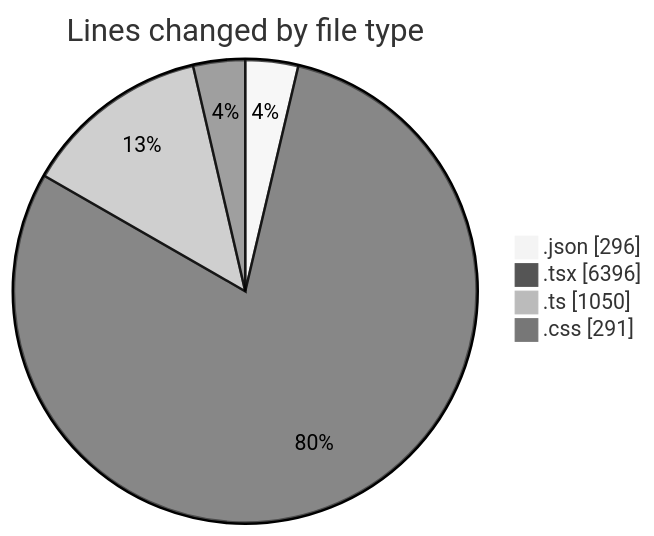
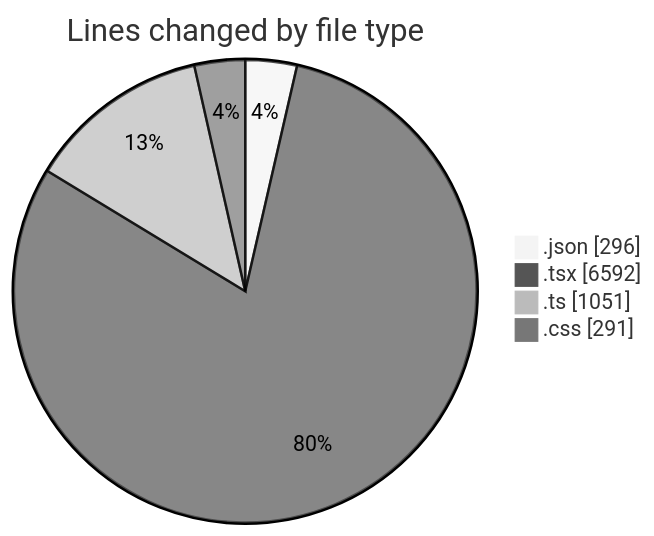
Before and after one commit to julien-gomy/code-tracking: the first of 2 diagrams in 2025-10-07/eventscop-frontend-guide__workspace_/README.md, drawn with Mermaid (neutral theme). The commit also changed other lines of this file and 1 other file, not shown here.

````diff
--- a/2025-10-07/eventscop-frontend-guide__workspace_/README.md
+++ b/2025-10-07/eventscop-frontend-guide__workspace_/README.md
@@ -64,8 +66,8 @@
 ```mermaid
 pie showData
 title Lines changed by file type
 ".json" : 296
-".tsx" : 6396
-".ts" : 1050
+".tsx" : 6592
+".ts" : 1051
 ".css" : 291
 ```
````
